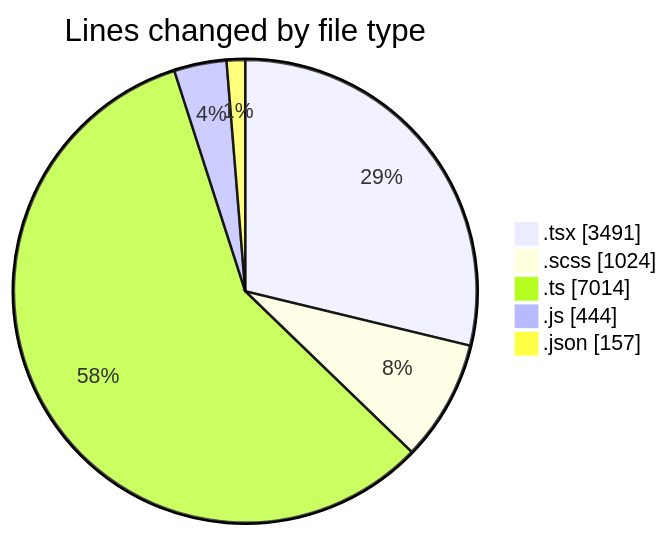
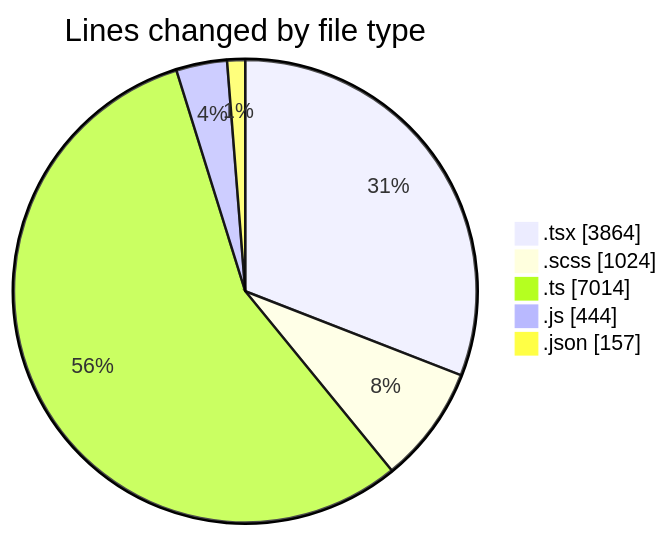
One commit to momahboobian/code-tracking changed the first of 2 diagrams in 2026-04-23/cda/README.md. Above: the diagram before and after it, drawn with Mermaid. The commit also changed other lines of this file and 1 other file, not shown here.

````diff
--- a/2026-04-23/cda/README.md
+++ b/2026-04-23/cda/README.md
@@ -42,9 +43,9 @@
 ```mermaid
 pie showData
 title Lines changed by file type
-".tsx" : 3491
+".tsx" : 3864
 ".scss" : 1024
 ".ts" : 7014
 ".js" : 444
 ".json" : 157
 ```
````
